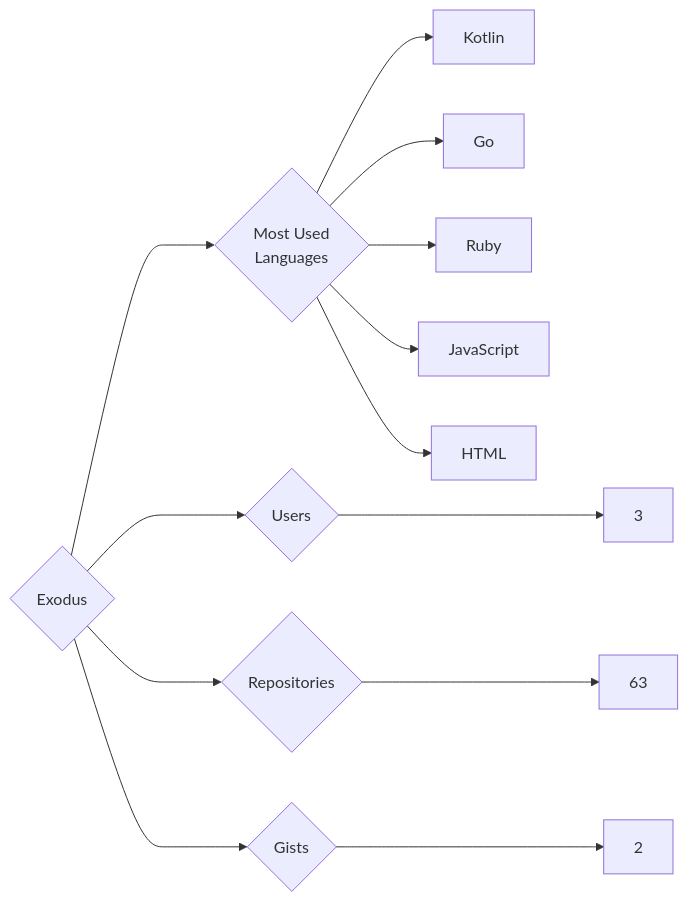
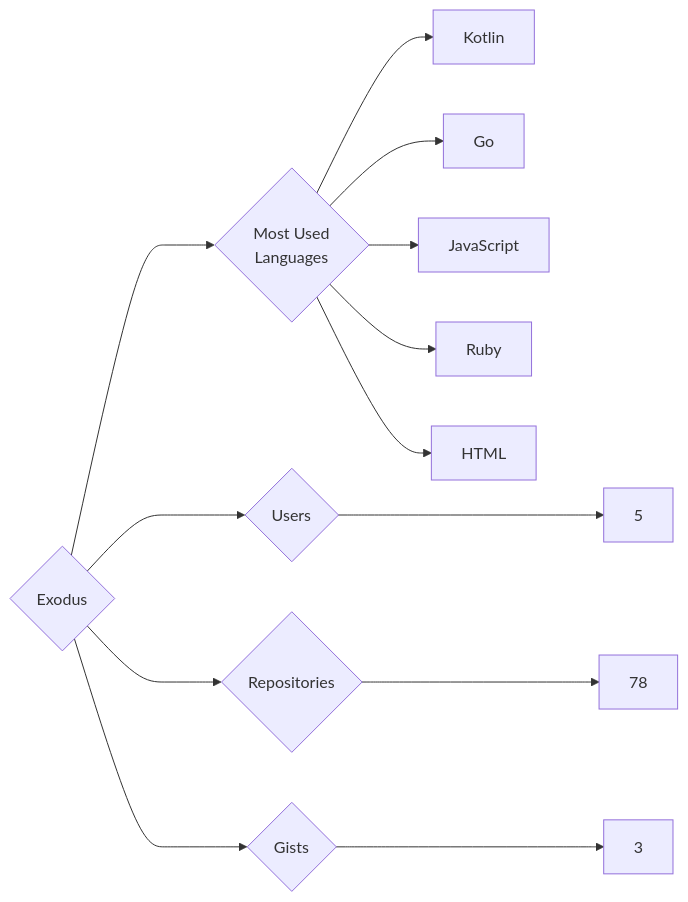
One commit to trickest/insiders changed the diagram in targets/Exodus/README.md. Above: the diagram before and after it, drawn with Mermaid. The commit also changed 1088 other files, not shown here.

````diff
--- a/targets/Exodus/README.md
+++ b/targets/Exodus/README.md
@@ -3,13 +3,13 @@
 ```mermaid
 graph LR
 COMPANY_NAME{Exodus}
-COMPANY_NAME ---> U{Users} ---> UN[3]
-COMPANY_NAME ---> R{Repositories} ---> RN[63]
-COMPANY_NAME ---> G{Gists} ---> GN[2]
+COMPANY_NAME ---> U{Users} ---> UN[5]
+COMPANY_NAME ---> R{Repositories} ---> RN[78]
+COMPANY_NAME ---> G{Gists} ---> GN[3]
 COMPANY_NAME ---> ML{Most Used<br>Languages}
 ML --> Kotlin[Kotlin]
 ML --> Go[Go]
+ML --> JavaScript[JavaScript]
 ML --> Ruby[Ruby]
-ML --> JavaScript[JavaScript]
 ML --> HTML[HTML]
 ```
````
